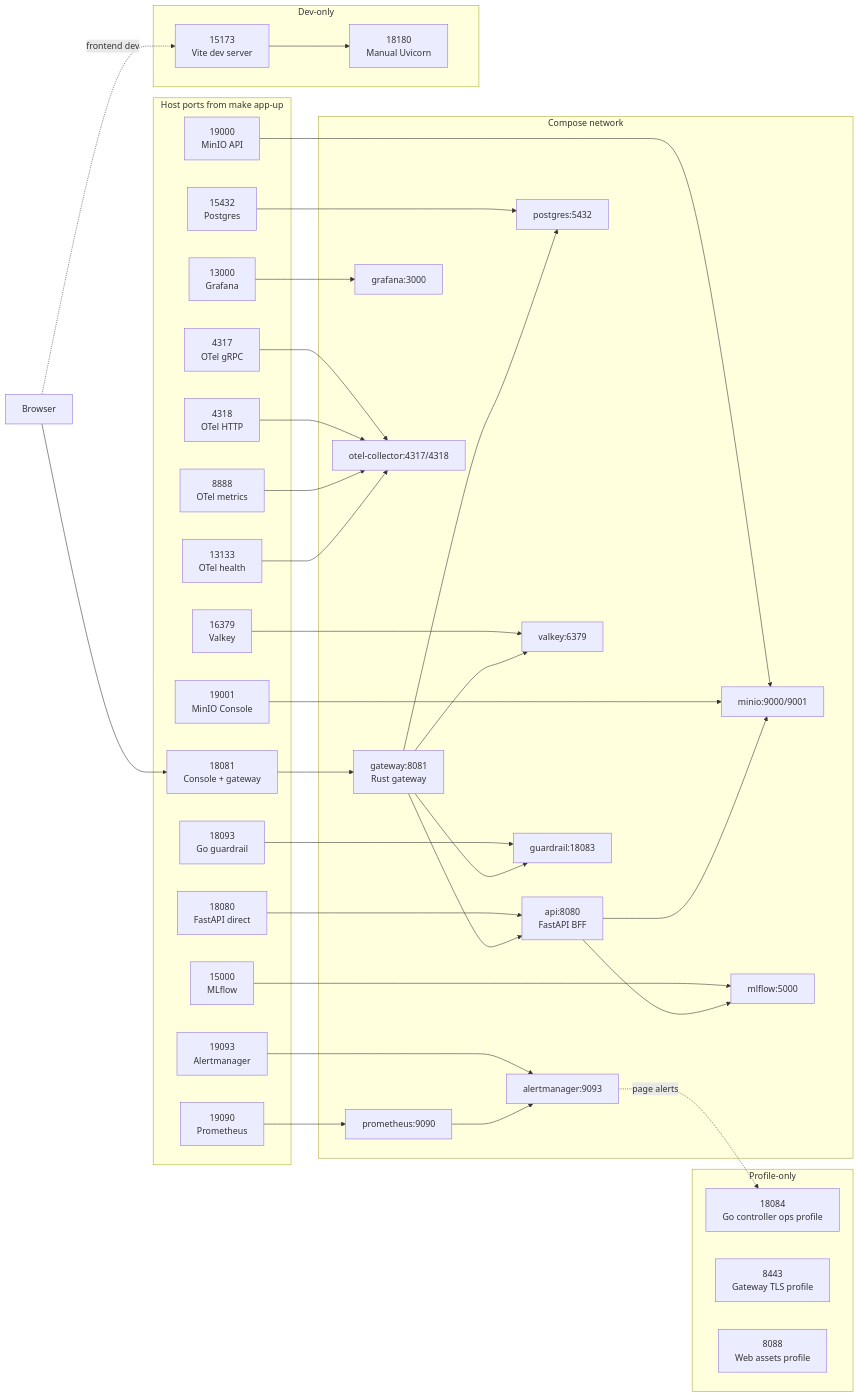
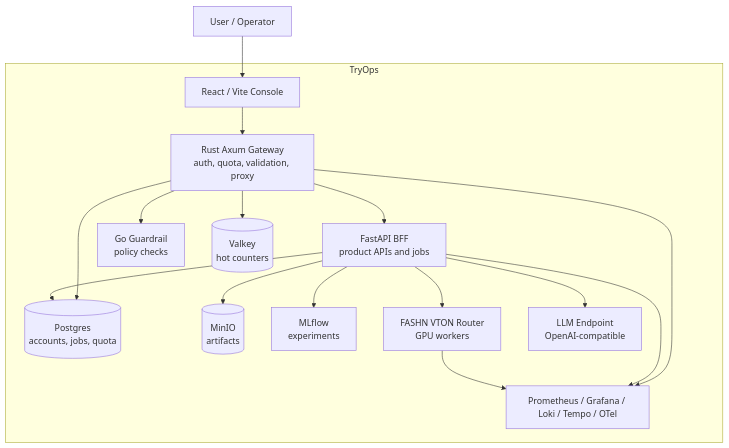
Before and after one commit to trungdangtapcode/TryOps-TryON-MLOps: the third of 3 diagrams in README.md, drawn with Mermaid. The commit also changed other lines of this file and 1 other file, not shown here.

````diff
--- a/README.md
+++ b/README.md
@@ -310,75 +81,33 @@
 ```mermaid
-flowchart LR
-  browser["Browser"]
+flowchart TB
+  user["User / Operator"]
 
-  subgraph host["Host ports from make app-up"]
-    h_gateway["18081<br/>Console + gateway"]
-    h_api["18080<br/>FastAPI direct"]
-    h_pg["15432<br/>Postgres"]
-    h_valkey["16379<br/>Valkey"]
-    h_minio_api["19000<br/>MinIO API"]
-    h_minio_console["19001<br/>MinIO Console"]
-    h_mlflow["15000<br/>MLflow"]
-    h_prom["19090<br/>Prometheus"]
-    h_alert["19093<br/>Alertmanager"]
-    h_grafana["13000<br/>Grafana"]
-    h_guardrail["18093<br/>Go guardrail"]
-    h_otel_grpc["4317<br/>OTel gRPC"]
-    h_otel_http["4318<br/>OTel HTTP"]
-    h_otel_metrics["8888<br/>OTel metrics"]
-    h_otel_health["13133<br/>OTel health"]
+  subgraph tryops["TryOps"]
+    ui["React / Vite Console"]
+    gateway["Rust Axum Gateway<br/>auth, quota, validation, proxy"]
+    api["FastAPI BFF<br/>product APIs and jobs"]
+    guardrail["Go Guardrail<br/>policy checks"]
+    postgres[(Postgres<br/>accounts, jobs, quota)]
+    valkey[(Valkey<br/>hot counters)]
+    minio[(MinIO<br/>artifacts)]
+    mlflow["MLflow<br/>experiments"]
+    vton["FASHN VTON Router<br/>GPU workers"]
+    llm["LLM Endpoint<br/>OpenAI-compatible"]
+    obs["Prometheus / Grafana / Loki / Tempo / OTel"]
   end
 
-  subgraph compose["Compose network"]
-    gateway["gateway:8081<br/>Rust gateway"]
-    api["api:8080<br/>FastAPI BFF"]
-    postgres["postgres:5432"]
-    valkey["valkey:6379"]
-    minio["minio:9000/9001"]
-    mlflow["mlflow:5000"]
-    prometheus["prometheus:9090"]
-    alertmanager["alertmanager:9093"]
-    grafana["grafana:3000"]
-    guardrail["guardrail:18083"]
-    otel["otel-collector:4317/4318"]
-  end
-
-  subgraph dev["Dev-only"]
-    vite["15173<br/>Vite dev server"]
-    uvicorn["18180<br/>Manual Uvicorn"]
-  end
-
-  subgraph profiles["Profile-only"]
-    controller["18084<br/>Go controller ops profile"]
-    tls["8443<br/>Gateway TLS profile"]
-    assets["8088<br/>Web assets profile"]
-  end
-
-  browser --> h_gateway --> gateway
-  browser -. frontend dev .-> vite
-  vite --> uvicorn
-
-  h_api --> api
-  h_pg --> postgres
-  h_valkey --> valkey
-  h_minio_api --> minio
-  h_minio_console --> minio
-  h_mlflow --> mlflow
-  h_prom --> prometheus
-  h_alert --> alertmanager
-  h_grafana --> grafana
-  h_guardrail --> guardrail
-  h_otel_grpc --> otel
-  h_otel_http --> otel
-  h_otel_metrics --> otel
-  h_otel_health --> otel
-
+  user --> ui
+  ui --> gateway
   gateway --> api
   gateway --> guardrail
   gateway --> postgres
   gateway --> valkey
+  api --> postgres
+  api --> minio
   api --> mlflow
-  api --> minio
-  prometheus --> alertmanager
-  alertmanager -. page alerts .-> controller
+  api --> vton
+  api --> llm
+  gateway --> obs
+  api --> obs
+  vton --> obs
 ```
````
